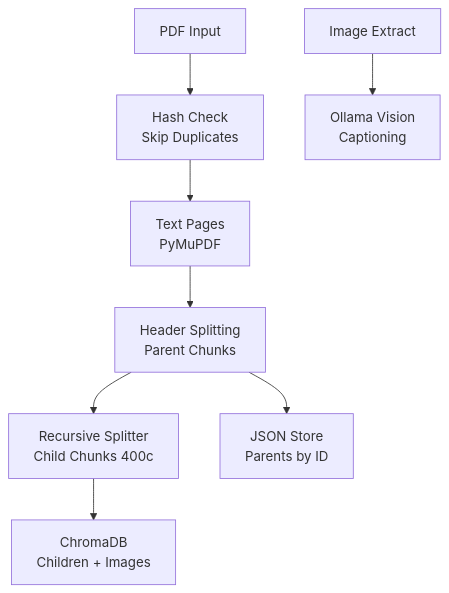
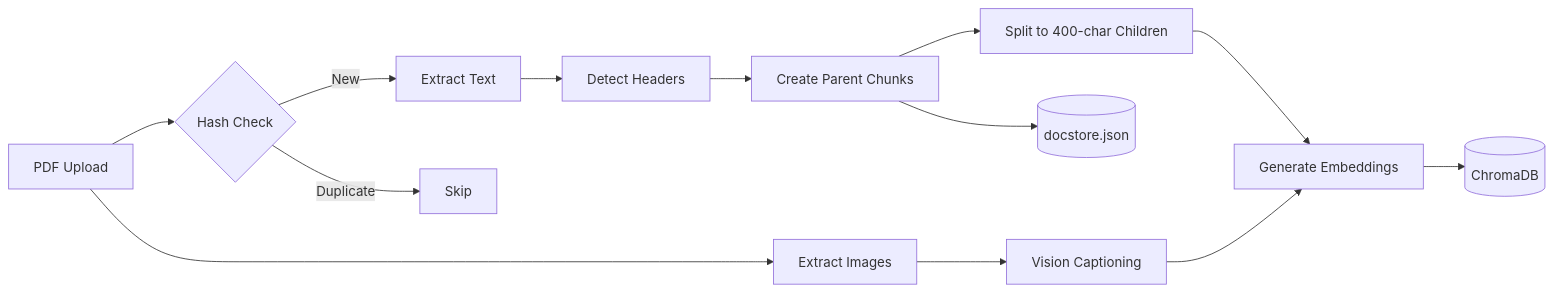
Before and after one commit to Vixen-77/RAG-implementation: the fourth of 5 diagrams in readme.md, drawn with Mermaid. The commit also changed other lines of this file and 7913 other files, not shown here.

````diff
--- a/readme.md
+++ b/readme.md
@@ -61,10 +144,18 @@
 ```mermaid
-flowchart TD
-    A[PDF Input] --> B[Hash Check<br/>Skip Duplicates]
-    B --> C[Text Pages<br/>PyMuPDF]
-    C --> D[Header Splitting<br/>Parent Chunks]
-    D --> E[Recursive Splitter<br/>Child Chunks 400c]
-    F[Image Extract] --> G[Ollama Vision<br/>Captioning]
-    E --> H[ChromaDB<br/>Children + Images]
-    D --> I[JSON Store<br/>Parents by ID]
+flowchart LR
+    PDF[PDF Upload] --> HASH{Hash Check}
+    HASH -->|New| EXTRACT[Extract Text]
+    HASH -->|Duplicate| SKIP[Skip]
+
+    EXTRACT --> HEADERS[Detect Headers]
+    HEADERS --> PARENT[Create Parent Chunks]
+    PARENT --> CHILD[Split to 400-char Children]
+
+    PDF --> IMG[Extract Images]
+    IMG --> VISION[Vision Captioning]
+
+    CHILD --> EMBED[Generate Embeddings]
+    VISION --> EMBED
+    EMBED --> CHROMA[(ChromaDB)]
+    PARENT --> JSON[(docstore.json)]
 ```
````
